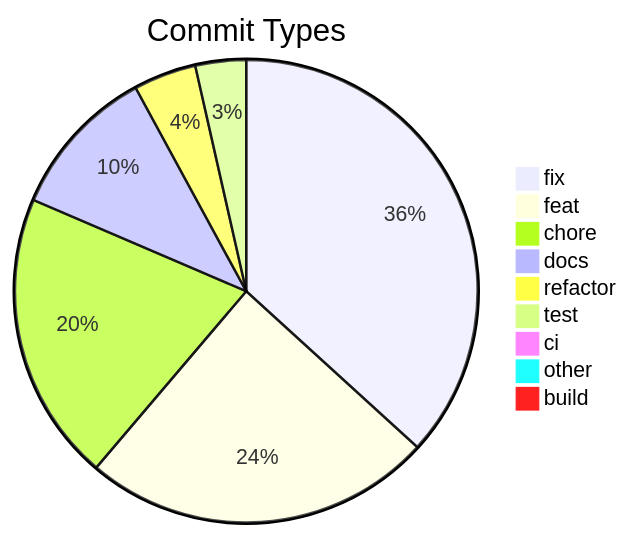
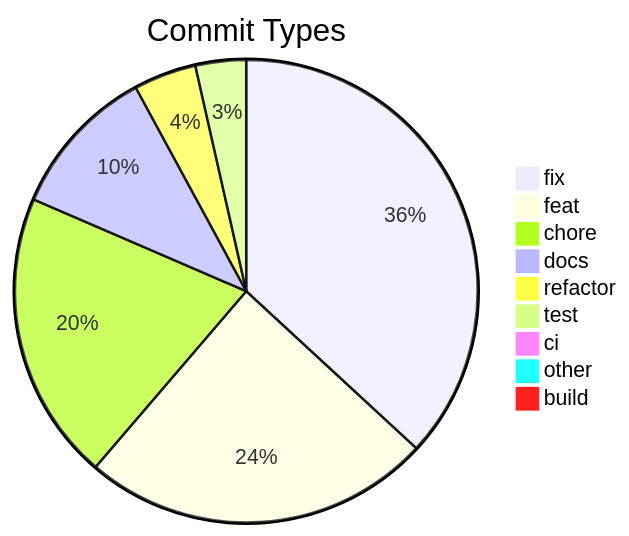
One commit to svenroth-ai/shipwright-webui changed the diagram in .shipwright/compliance/change-history.md. Above: the diagram before and after it, drawn with Mermaid. The commit also changed other lines of this file and 13 other files, not shown here.

````diff
--- a/.shipwright/compliance/change-history.md
+++ b/.shipwright/compliance/change-history.md
@@ -8,12 +8,12 @@
 ```mermaid
 pie title Commit Types
-    "fix" : 218
+    "fix" : 219
     "feat" : 145
     "chore" : 120
     "docs" : 63
     "refactor" : 26
     "test" : 21
     "ci" : 5
     "other" : 4
     "build" : 1
 ```
````
